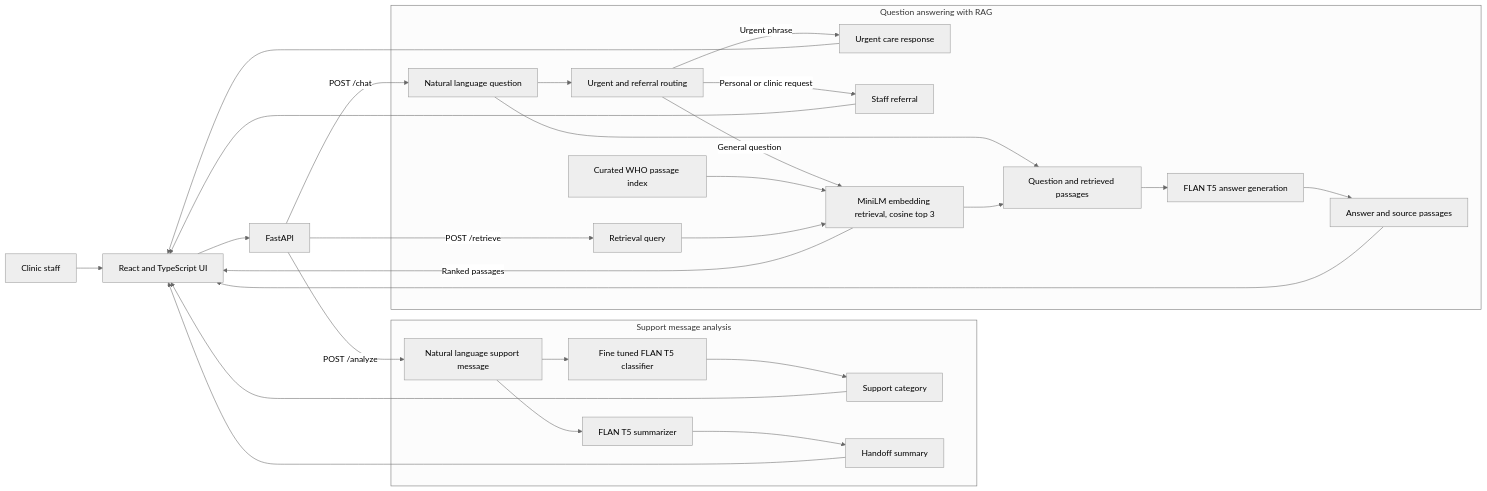
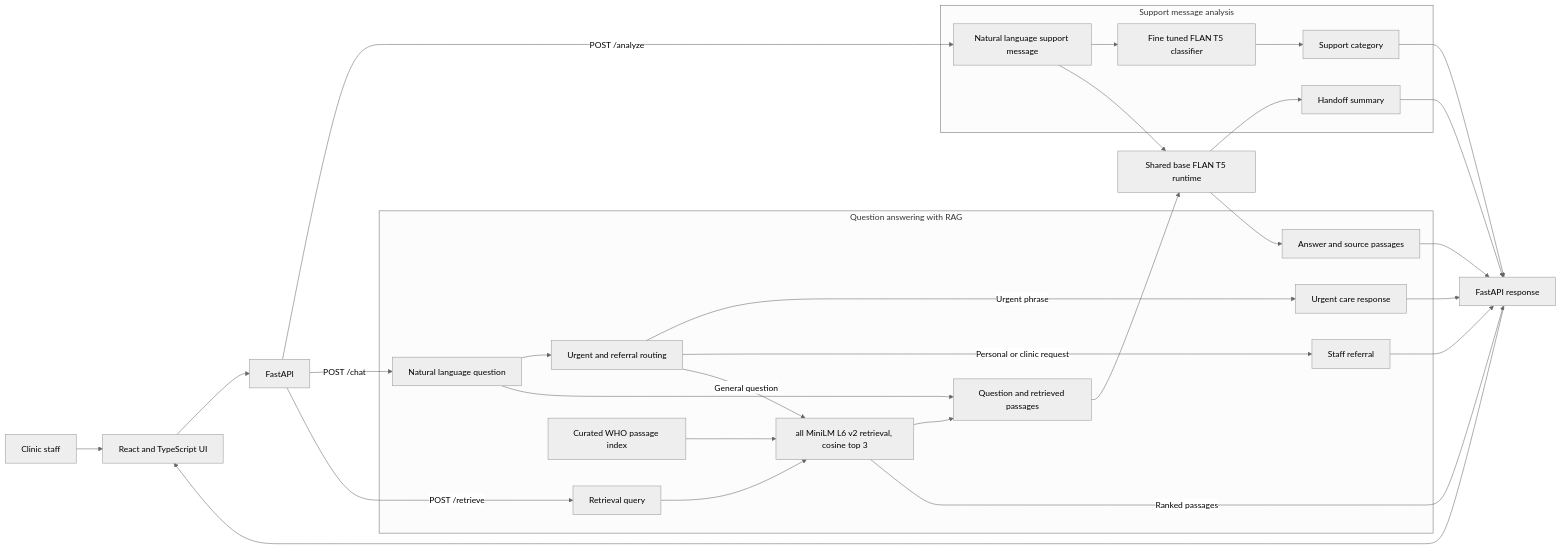
One commit to sanjaykumarpushadapu/Assignment-APIDrivenCloudNativeSolutions-AIMLCZG549 changed the diagram in Assignment-2/docs/report/report.md. Above: the diagram before and after it, drawn with Mermaid (neutral theme). The commit also changed other lines of this file and 2 other files, not shown here.

Commit message:
Fix glucose term matching and update docs
Recognize both hypoglycemia and hypoglycaemia variants in urgent-care detection. Clarify demo setup commands across macOS/Linux and Windows, and update the report’s architecture and evaluation language.

````diff
--- a/Assignment-2/docs/report/report.md
+++ b/Assignment-2/docs/report/report.md
@@ -39,47 +39,49 @@
 ```mermaid
 flowchart LR
     Staff[Clinic staff] --> UI[React and TypeScript UI]
     UI --> API[FastAPI]
+    APIResponse[FastAPI response] --> UI
+    GenerationRuntime[Shared base FLAN T5 runtime]
 
     subgraph Analysis[Support message analysis]
         Message[Natural language support message]
         Classifier[Fine tuned FLAN T5 classifier]
         Category[Support category]
-        Summarizer[FLAN T5 summarizer]
         Summary[Handoff summary]
         Message --> Classifier --> Category
-        Message --> Summarizer --> Summary
     end
 
     API -->|POST /analyze| Message
-    Category --> UI
-    Summary --> UI
+    Category --> APIResponse
+    Summary --> APIResponse
 
     subgraph QuestionAnswering[Question answering with RAG]
         Question[Natural language question]
         Guard[Urgent and referral routing]
         Urgent[Urgent care response]
         Referral[Staff referral]
         RetrievalQuery[Retrieval query]
-        Retriever[MiniLM embedding retrieval, cosine top 3]
+        Retriever[all MiniLM L6 v2 retrieval, cosine top 3]
         Index[Curated WHO passage index]
         Context[Question and retrieved passages]
-        Generator[FLAN T5 answer generation]
         Answer[Answer and source passages]
         Question --> Guard
         Guard -->|Urgent phrase| Urgent
         Guard -->|Personal or clinic request| Referral
         Guard -->|General question| Retriever
         Question --> Context
         Index --> Retriever
-        Retriever --> Context --> Generator --> Answer
+        Retriever --> Context
         RetrievalQuery --> Retriever
     end
 
+    Message --> GenerationRuntime --> Summary
+    Context --> GenerationRuntime --> Answer
+
     API -->|POST /chat| Question
     API -->|POST /retrieve| RetrievalQuery
-    Urgent --> UI
-    Referral --> UI
-    Answer --> UI
-    Retriever -->|Ranked passages| UI
+    Urgent --> APIResponse
+    Referral --> APIResponse
+    Answer --> APIResponse
+    Retriever -->|Ranked passages| APIResponse
 ```
````
